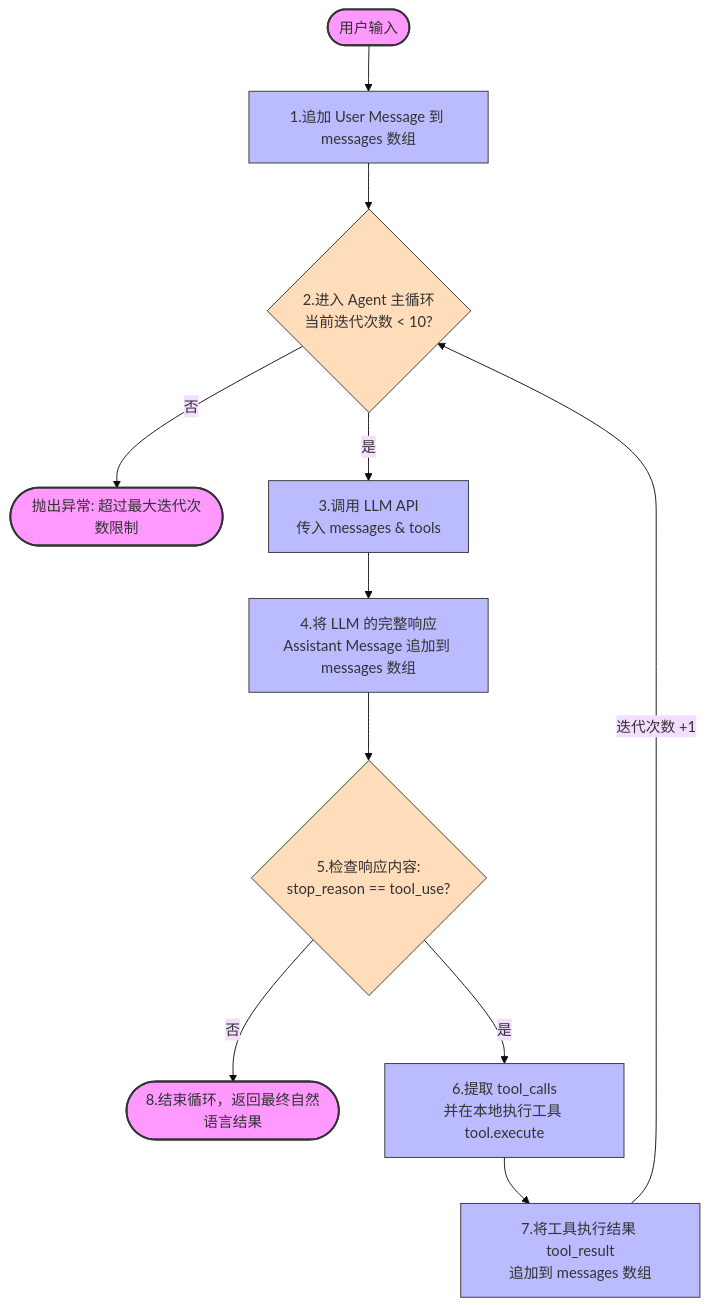
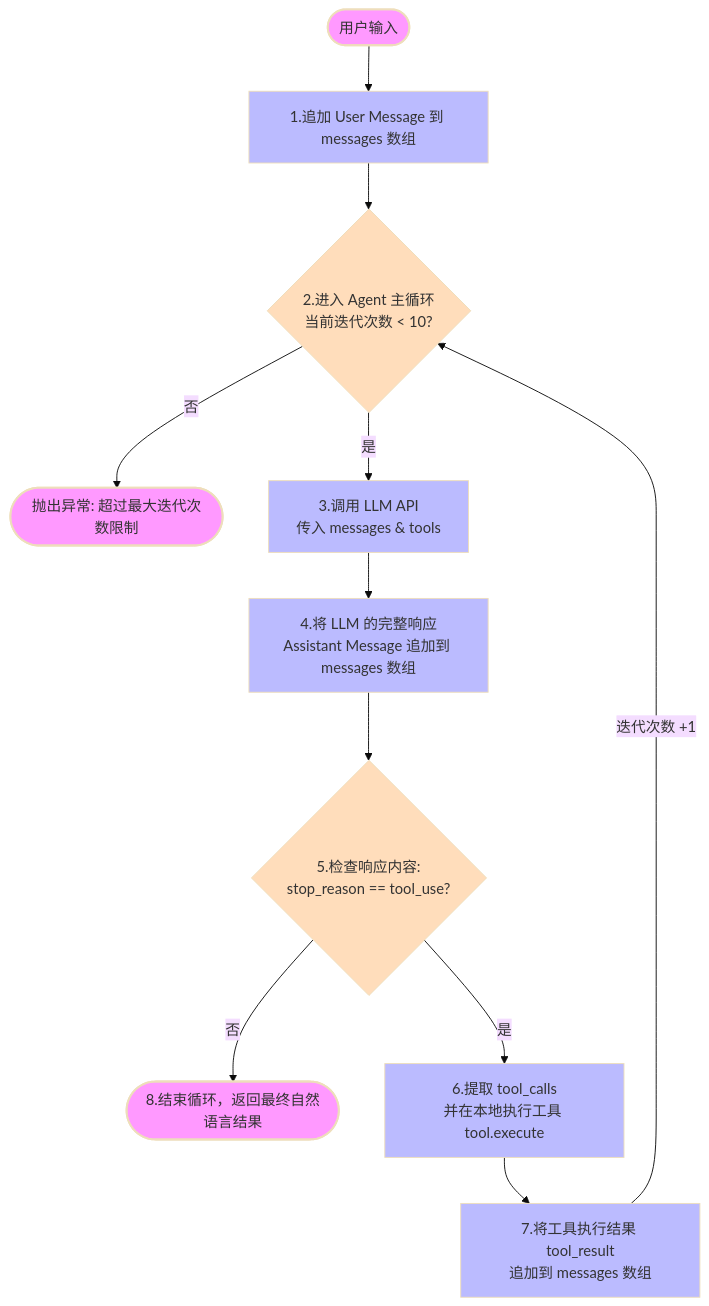
Before and after one commit to wang-junjian/nanoagent: the diagram in README.md, drawn with Mermaid (base theme). The commit also changed other lines of this file and 3 other files, not shown here.

````diff
--- a/README.md
+++ b/README.md
@@ -89,29 +171,29 @@
 ```mermaid
 graph TD
     Start([用户输入]) --> Init[1.追加 User Message 到 messages 数组]
     Init --> LoopStart{2.进入 Agent 主循环<br>当前迭代次数 < 10?}
-    
+
     LoopStart -- 否 --> MaxHit([抛出异常: 超过最大迭代次数限制])
     LoopStart -- 是 --> CallLLM[3.调用 LLM API<br>传入 messages & tools]
-    
+
     CallLLM --> AppendAssistant[4.将 LLM 的完整响应<br>Assistant Message 追加到 messages 数组]
-    
+
     AppendAssistant --> CheckTools{5.检查响应内容:<br>stop_reason == tool_use?}
-    
+
     CheckTools -- 否 --> End([8.结束循环，返回最终自然语言结果])
-    
+
     CheckTools -- 是 --> ExecTools[6.提取 tool_calls<br>并在本地执行工具 tool.execute]
-    
+
     ExecTools --> AppendToolResult[7.将工具执行结果 tool_result<br>追加到 messages 数组]
-    
+
     AppendToolResult --> |迭代次数 +1| LoopStart
 
     %% 样式定义 (放到最后通常更稳定)
-    classDef startEnd fill:#f9f,stroke:#333,stroke-width:2px;
-    classDef process fill:#bbf,stroke:#333,stroke-width:1px;
-    classDef condition fill:#fdb,stroke:#333,stroke-width:1px;
+    classDef startEnd fill:#f9f,stroke:#33,stroke-width:2px;
+    classDef process fill:#bbf,stroke:#33,stroke-width:1px;
+    classDef condition fill:#fdb,stroke:#33,stroke-width:1px;
 
     class Start,MaxHit,End startEnd;
     class Init,CallLLM,AppendAssistant,ExecTools,AppendToolResult process;
     class LoopStart,CheckTools condition;
 ```
````
